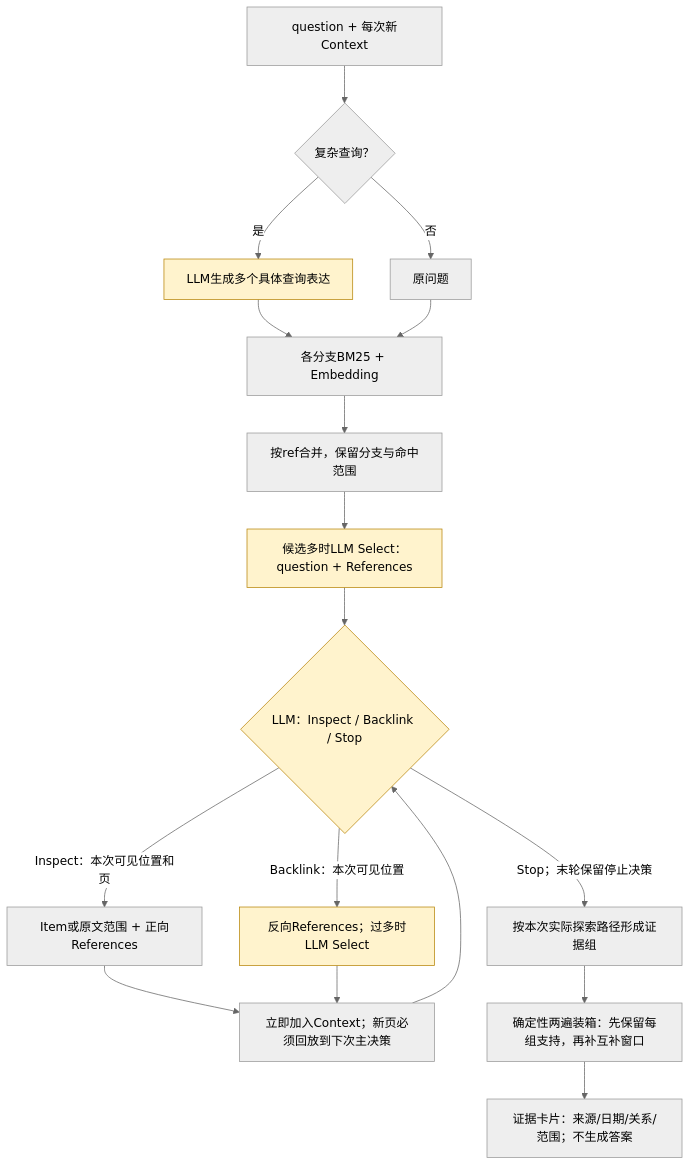
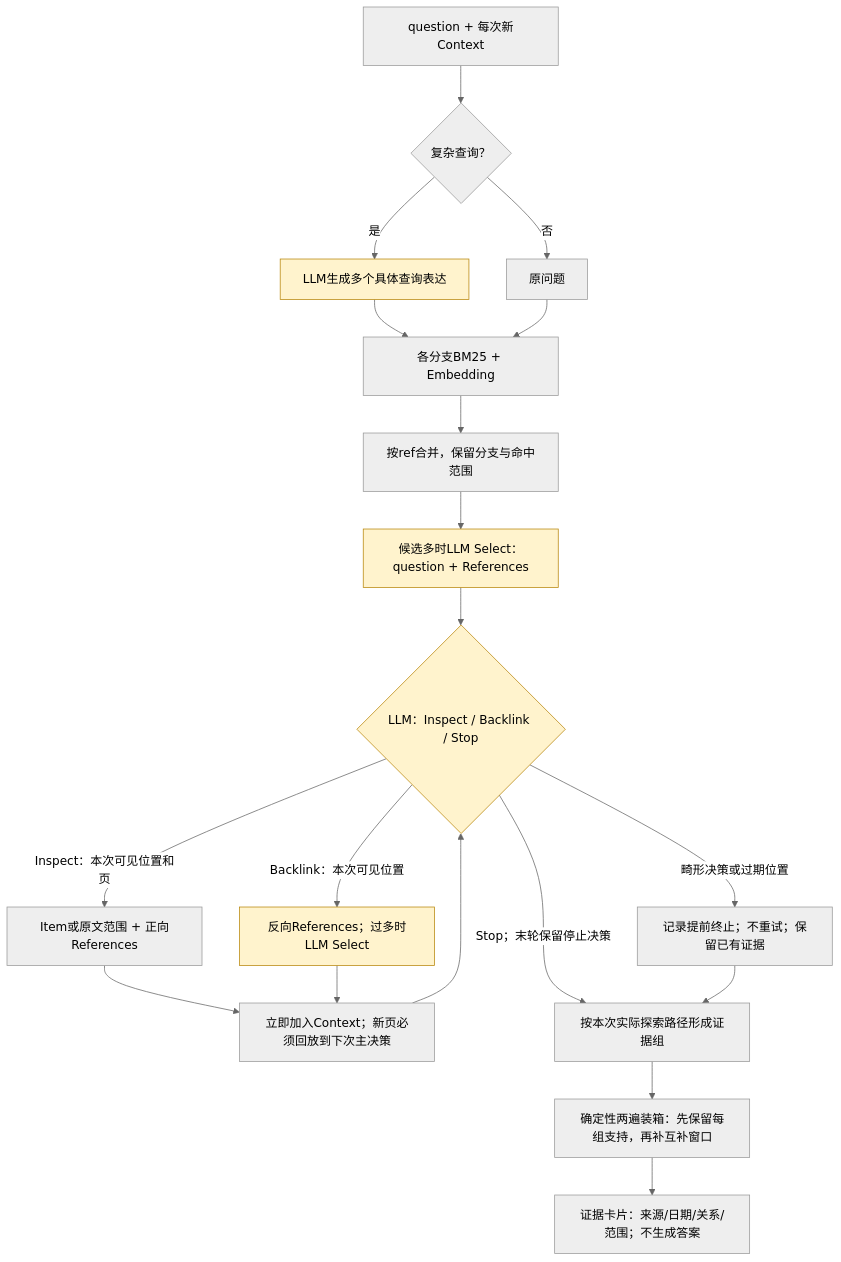
The second of 2 diagrams in DESIGN.md (Graygoo7529/AM-Link), drawn with Mermaid (neutral theme) before and after one commit. The commit also changed other lines of this file and 12 other files, not shown here.

````diff
--- a/DESIGN.md
+++ b/DESIGN.md
@@ -58,21 +62,23 @@
 ```mermaid
 flowchart TD
  A[question + 每次新Context] --> B{复杂查询？}
  B -->|是| C[LLM生成多个具体查询表达]
  B -->|否| D[原问题]
  C --> Q[各分支BM25 + Embedding]
  D --> Q
  Q --> U[按ref合并，保留分支与命中范围]
  U --> S[候选多时LLM Select：question + References]
  S --> L{LLM：Inspect / Backlink / Stop}
  L -->|Inspect：本次可见位置和页| I[Item或原文范围 + 正向References]
  L -->|Backlink：本次可见位置| K[反向References；过多时LLM Select]
  I --> P[立即加入Context；新页必须回放到下次主决策]
  K --> P
  P --> L
  L -->|Stop；末轮保留停止决策| G[按本次实际探索路径形成证据组]
+ L -->|畸形决策或过期位置| T[记录提前终止；不重试；保留已有证据]
+ T --> G
  G --> F[确定性两遍装箱：先保留每组支持，再补互补窗口]
  F --> O[证据卡片：来源/日期/关系/范围；不生成答案]
  classDef llm fill:#fff3cd,stroke:#b8860b,color:#000
  class C,S,L,K llm
 ```
````
